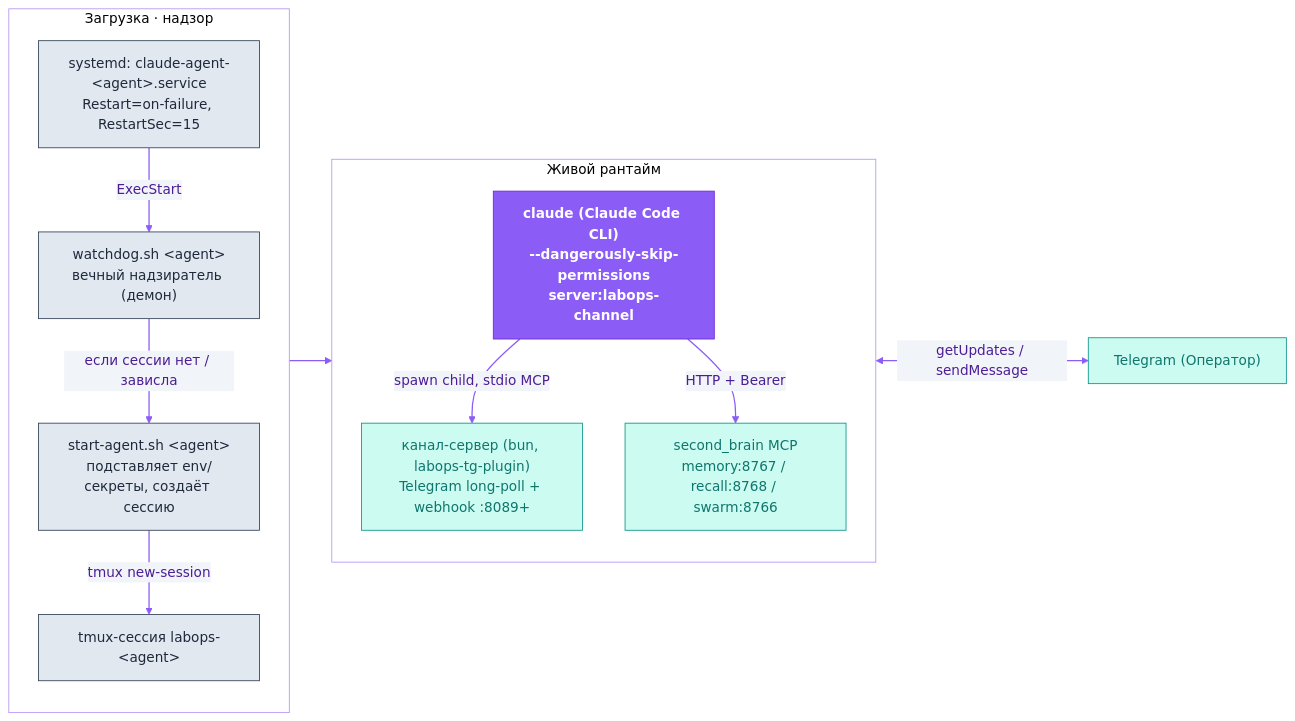
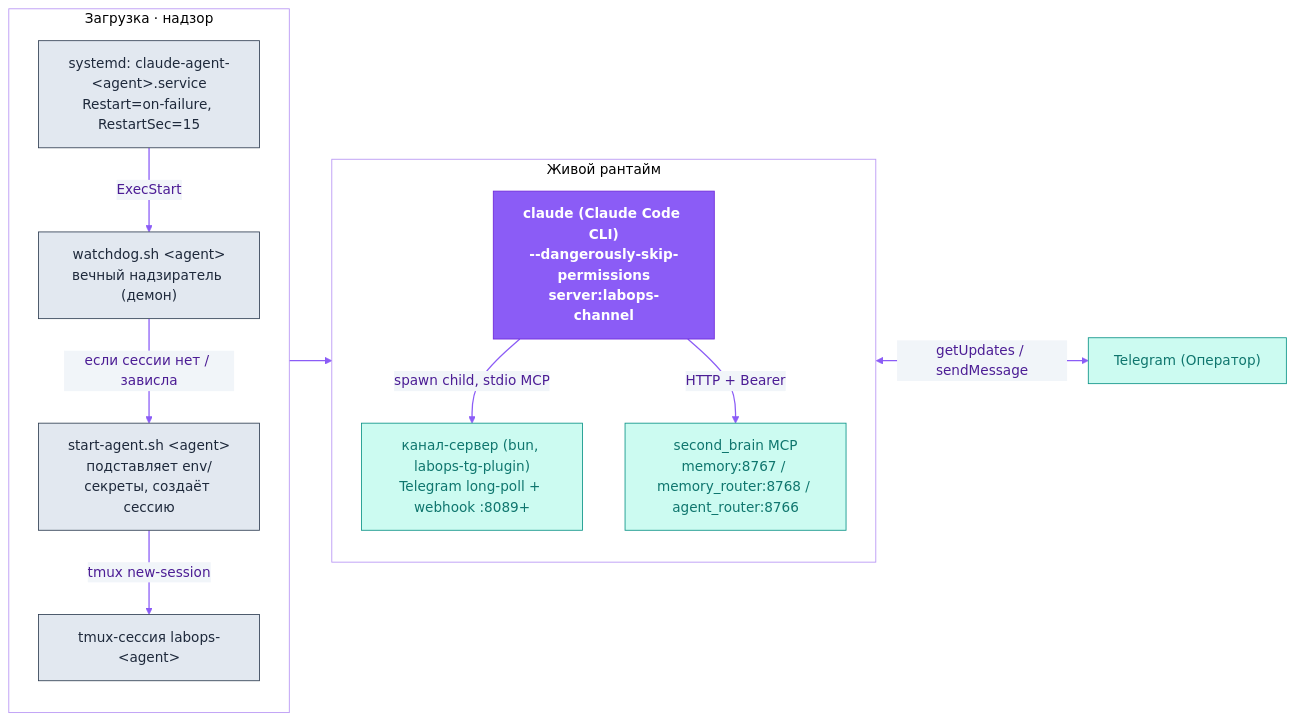
One commit to dediukhinpa/labops-agent-architecture changed the second of 4 diagrams in README.ru.md. Above: the diagram before and after it, drawn with Mermaid. The commit also changed other lines of this file and 38 other files, not shown here.

First line of the commit message:
Переименовать MCP-серверы: recall → memory_router, swarm → agent_router

````diff
--- a/README.ru.md
+++ b/README.ru.md
@@ -135,32 +135,32 @@
 ```mermaid
 %%{init: {'theme':'base','themeVariables':{'primaryColor':'#EDE9FE','primaryTextColor':'#4C1D95','primaryBorderColor':'#8B5CF6','lineColor':'#8B5CF6','secondaryColor':'#F1F5F9','tertiaryColor':'#ffffff','clusterBkg':'transparent','clusterBorder':'#B794F4','fontFamily':'Helvetica,Arial,sans-serif'}}}%%
 flowchart LR
   subgraph boot["Загрузка · надзор"]
     direction TB
     SD["systemd: claude-agent-&lt;agent&gt;.service<br/>Restart=on-failure, RestartSec=15"]
     WD["watchdog.sh &lt;agent&gt;<br/>вечный надзиратель (демон)"]
     SA["start-agent.sh &lt;agent&gt;<br/>подставляет env/секреты, создаёт сессию"]
     TM["tmux-сессия labops-&lt;agent&gt;"]
     SD -->|ExecStart| WD
     WD -->|если сессии нет / зависла| SA
     SA -->|tmux new-session| TM
   end
   subgraph live["Живой рантайм"]
     direction TB
     CC["claude (Claude Code CLI)<br/>--dangerously-skip-permissions<br/>server:labops-channel"]
     BUN["канал-сервер (bun, labops-tg-plugin)<br/>Telegram long-poll + webhook :8089+"]
-    SB["second_brain MCP<br/>memory:8767 / recall:8768 / swarm:8766"]
+    SB["second_brain MCP<br/>memory:8767 / memory_router:8768 / agent_router:8766"]
   end
   TM --> CC
   CC -->|spawn child, stdio MCP| BUN
   CC -->|HTTP + Bearer| SB
   BUN <-->|getUpdates / sendMessage| TG["Telegram (Оператор)"]
   classDef brand fill:#8B5CF6,stroke:#6D28D9,color:#ffffff,font-weight:bold
   classDef ext fill:#CCFBF1,stroke:#0D9488,color:#0F766E
   classDef store fill:#FEF3C7,stroke:#D97706,color:#92400E
   classDef sys fill:#E2E8F0,stroke:#334155,color:#1E293B
   linkStyle default stroke:#8B5CF6,stroke-width:1.5px
   class CC brand
   class SD,WD,SA,TM sys
   class BUN,SB,TG ext
 ```
````
